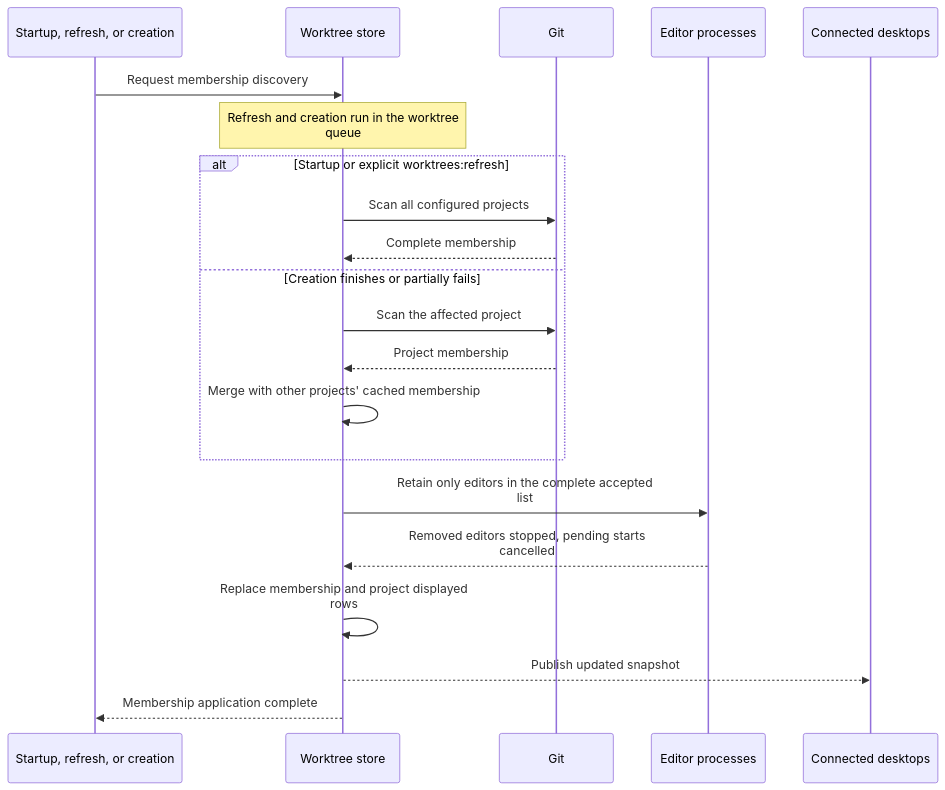
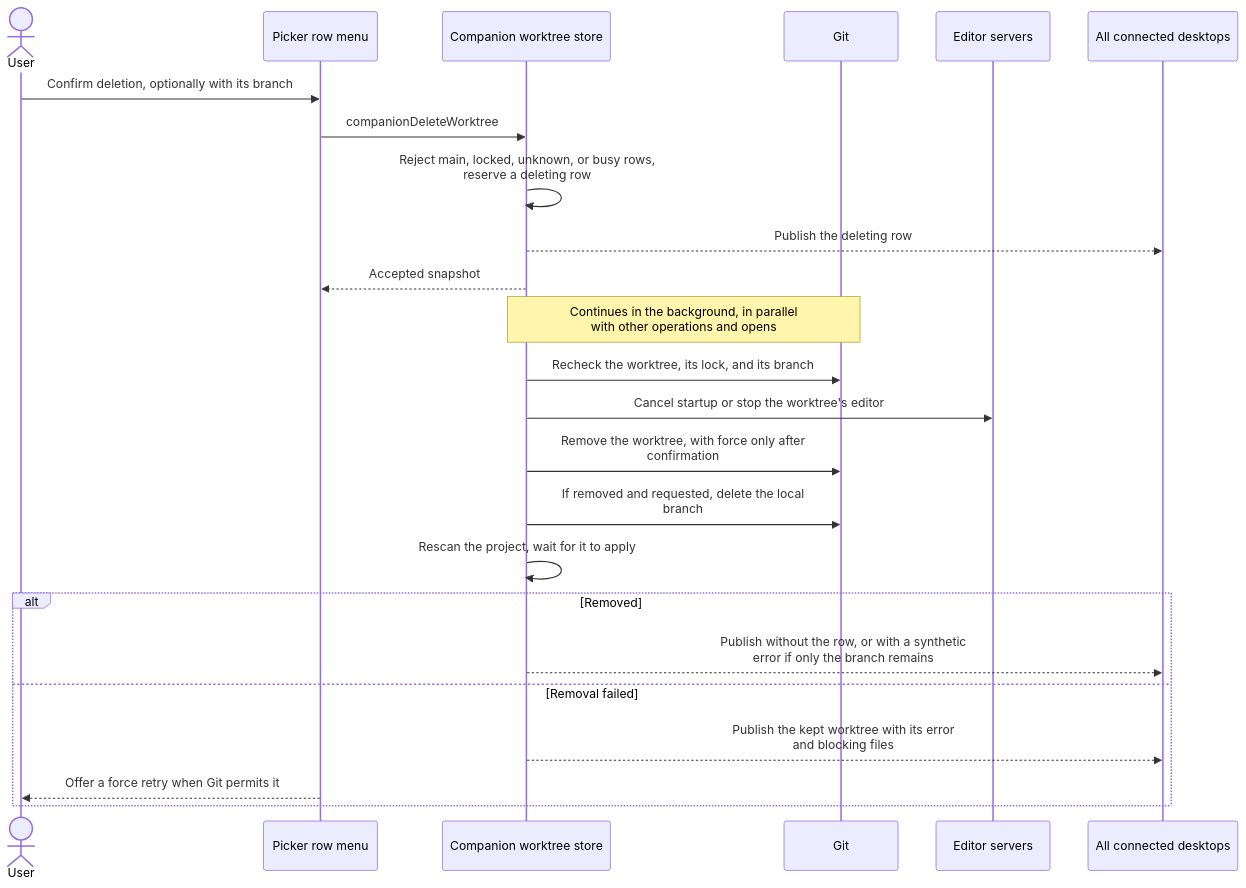
One commit to takeshibaconsuzuki/ade-overlay changed the fourth of 7 diagrams in workflows/worktrees.md. Above: the diagram before and after it, drawn with Mermaid. The commit also changed other lines of this file and 70 other files, not shown here.

````diff
--- a/workflows/worktrees.md
+++ b/workflows/worktrees.md
@@ -12,23 +88,26 @@
 ```mermaid
 sequenceDiagram
-    participant Caller as Startup, refresh, or creation
-    participant Store as Worktree store
+    actor User
+    participant Picker as Picker row menu
+    participant Store as Companion worktree store
     participant Git
-    participant Editors as Editor processes
-    participant Clients as Connected desktops
-    Caller->>Store: Request membership discovery
-    Note over Store: Refresh and creation run in the worktree<br/>queue
-    alt Startup or explicit worktrees:refresh
-        Store->>Git: Scan all configured projects
-        Git-->>Store: Complete membership
-    else Creation finishes or partially fails
-        Store->>Git: Scan the affected project
-        Git-->>Store: Project membership
-        Store->>Store: Merge with other projects' cached membership
+    participant Editors as Editor servers
+    participant Clients as All connected desktops
+    User->>Picker: Confirm deletion, optionally with its branch
+    Picker->>Store: companionDeleteWorktree
+    Store->>Store: Reject main, locked, unknown, or busy rows,<br/>reserve a deleting row
+    Store-->>Clients: Publish the deleting row
+    Store-->>Picker: Accepted snapshot
+    Note over Store,Git: Continues in the background, in parallel<br/>with other operations and opens
+    Store->>Git: Recheck the worktree, its lock, and its branch
+    Store->>Editors: Cancel startup or stop the worktree's editor
+    Store->>Git: Remove the worktree, with force only after<br/>confirmation
+    Store->>Git: If removed and requested, delete the local<br/>branch
+    Store->>Store: Rescan the project, wait for it to apply
+    alt Removed
+        Store-->>Clients: Publish without the row, or with a synthetic<br/>error if only the branch remains
+    else Removal failed
+        Store-->>Clients: Publish the kept worktree with its error<br/>and blocking files
+        Picker-->>User: Offer a force retry when Git permits it
     end
-    Store->>Editors: Retain only editors in the complete accepted<br/>list
-    Editors-->>Store: Removed editors stopped, pending starts<br/>cancelled
-    Store->>Store: Replace membership and project displayed<br/>rows
-    Store-->>Clients: Publish updated snapshot
-    Store-->>Caller: Membership application complete
 ```
````
